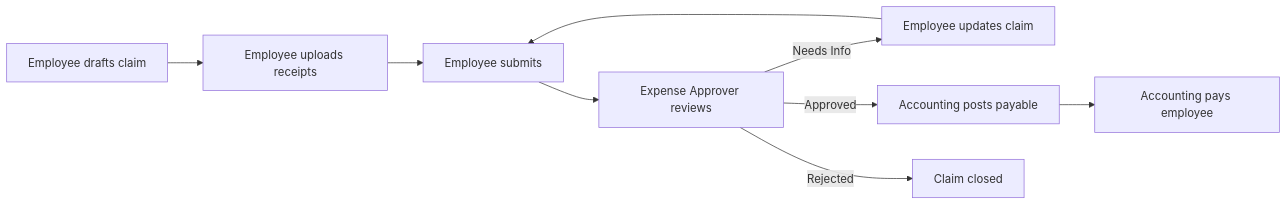
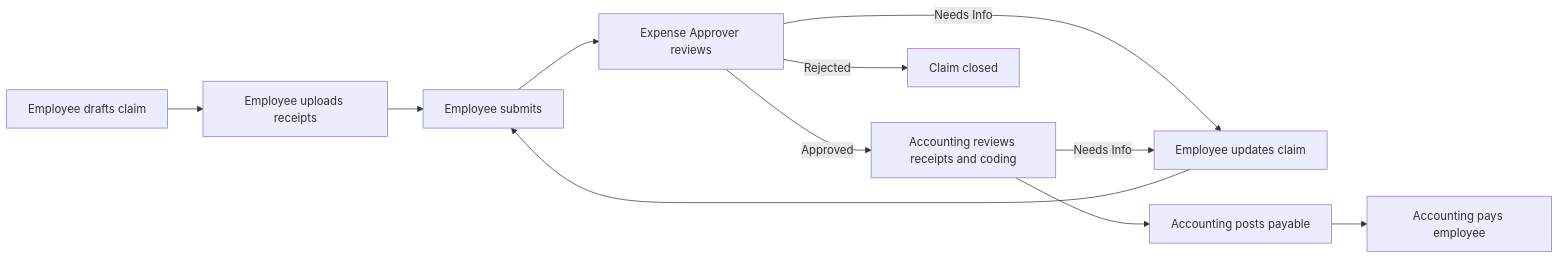
The diagram in ifitwala_ed/docs/hr/expense_reimbursement.md (fderyckel/ifitwala_ed), drawn with Mermaid before and after one commit. The commit also changed other lines of this file and 15 other files, not shown here.

First line of the commit message:
feat(expense_claims): add request_claim_info function to handle info requests for approved claims

````diff
--- a/ifitwala_ed/docs/hr/expense_reimbursement.md
+++ b/ifitwala_ed/docs/hr/expense_reimbursement.md
@@ -23,11 +23,13 @@
 ```mermaid
 flowchart LR
     A["Employee drafts claim"] --> B["Employee uploads receipts"]
     B --> C["Employee submits"]
     C --> D["Expense Approver reviews"]
     D -->|Needs Info| H["Employee updates claim"]
     H --> C
-    D -->|Approved| E["Accounting posts payable"]
-    E --> F["Accounting pays employee"]
+    D -->|Approved| E["Accounting reviews receipts and coding"]
+    E -->|Needs Info| H
+    E --> I["Accounting posts payable"]
+    I --> F["Accounting pays employee"]
     D -->|Rejected| G["Claim closed"]
 ```
````
